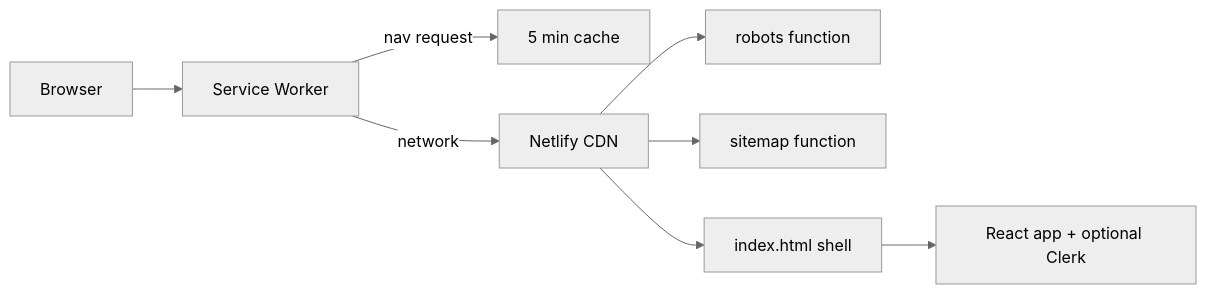
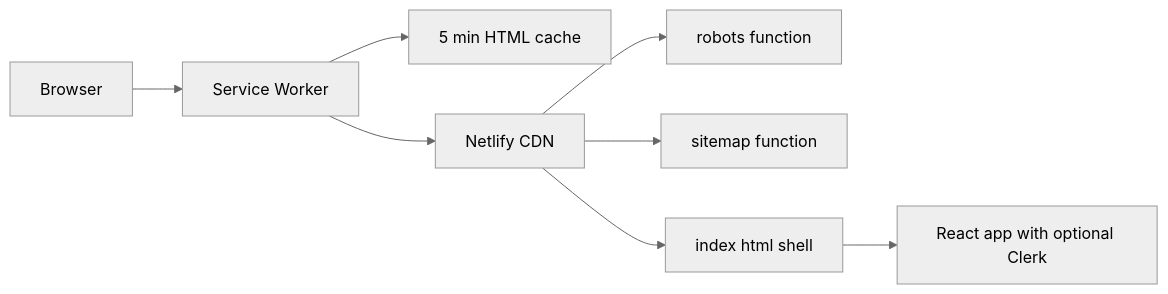
Before and after one commit to RankBee/marketing-builder-io: the second of 2 diagrams in README.md, drawn with Mermaid (neutral theme). The commit also changed other lines of this file and 1 other file, not shown here.

````diff
--- a/README.md
+++ b/README.md
@@ -153,10 +188,10 @@
 ```mermaid
 flowchart LR
   Browser --> SW[Service Worker]
-  SW -->|nav request| Cache[5 min cache]
-  SW -->|network| CDN[Netlify CDN]
+  SW --> Cache[5 min HTML cache]
+  SW --> CDN[Netlify CDN]
   CDN --> Robots[robots function]
   CDN --> Sitemap[sitemap function]
-  CDN --> HTML[index.html shell]
-  HTML --> App[React app + optional Clerk]
+  CDN --> HTML[index html shell]
+  HTML --> App[React app with optional Clerk]
 ```
````
